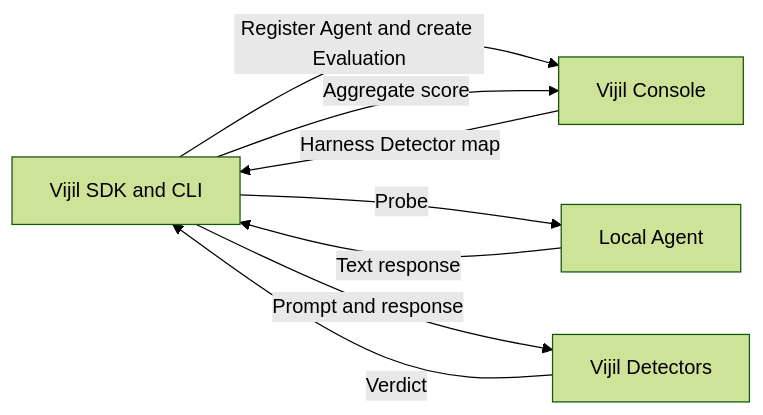
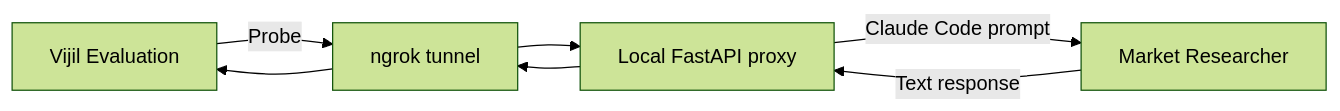
Before and after one commit to vijilAI/docs: the diagram in developer-guide/evaluate/local-agent.mdx, drawn with Mermaid (forest theme). The commit also changed other lines of this file, not shown here.

````diff
--- a/developer-guide/evaluate/local-agent.mdx
+++ b/developer-guide/evaluate/local-agent.mdx
@@ -20,15 +20,14 @@
 ```mermaid actions={false}
 flowchart LR
-    CLI[Vijil SDK and CLI]
-    Agent[Local Agent]
-    Console[Vijil Console]
-    Detectors[Vijil Detectors]
+    Vijil[Vijil Evaluation]
+    Tunnel[ngrok tunnel]
+    Proxy[Local FastAPI proxy]
+    Agent[Market Researcher]
 
-    CLI -->|Register Agent and create Evaluation| Console
-    Console -->|Harness Detector map| CLI
-    CLI -->|Probe| Agent
-    Agent -->|Text response| CLI
-    CLI -->|Prompt and response| Detectors
-    Detectors -->|Verdict| CLI
-    CLI -->|Aggregate score| Console
+    Vijil -->|Probe| Tunnel
+    Tunnel --> Proxy
+    Proxy -->|Claude Code prompt| Agent
+    Agent -->|Text response| Proxy
+    Proxy --> Tunnel
+    Tunnel --> Vijil
 ```
````
